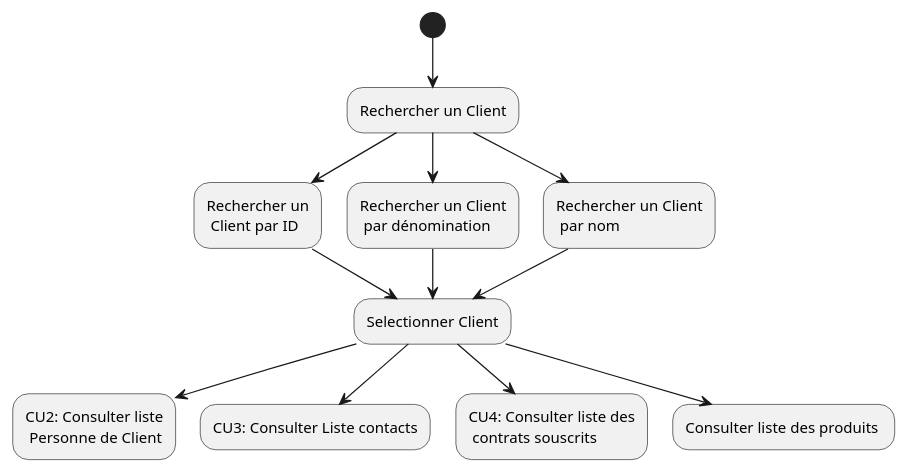
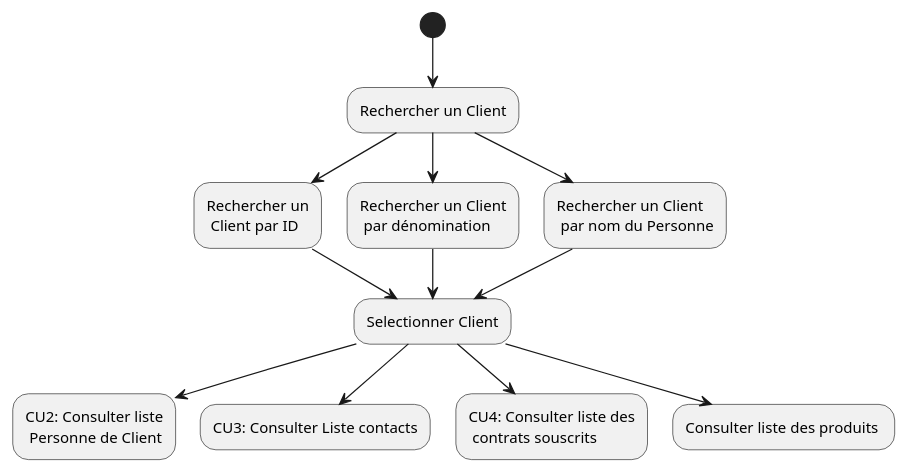
The diagram in src/documentation/CU1_DA.puml (HZjiadong/PLD-MARS), drawn with PlantUML before and after one commit. The commit also changed 2 other files, not shown here.

```diff
--- a/src/documentation/CU1_DA.puml
+++ b/src/documentation/CU1_DA.puml
@@ -1,15 +1,15 @@
 @startuml
 (*)  --> "Rechercher un Client"
 "Rechercher un Client" --> "Rechercher un\n Client par ID"
 "Rechercher un Client" --> "Rechercher un Client\n par dénomination"
-"Rechercher un Client" --> "Rechercher un Client\n par nom"
+"Rechercher un Client" --> "Rechercher un Client\n par nom du Personne"
 
 "Rechercher un\n Client par ID" --> "Selectionner Client"
 "Rechercher un Client\n par dénomination" --> "Selectionner Client"
-"Rechercher un Client\n par nom" --> "Selectionner Client"
+"Rechercher un Client\n par nom du Personne" --> "Selectionner Client"
 
 "Selectionner Client" --> "CU2: Consulter liste\n Personne de Client"
 "Selectionner Client" --> "CU3: Consulter Liste contacts"
 "Selectionner Client" --> "CU4: Consulter liste des\n contrats souscrits"
 "Selectionner Client" --> "Consulter liste des produits "
 @enduml
```
